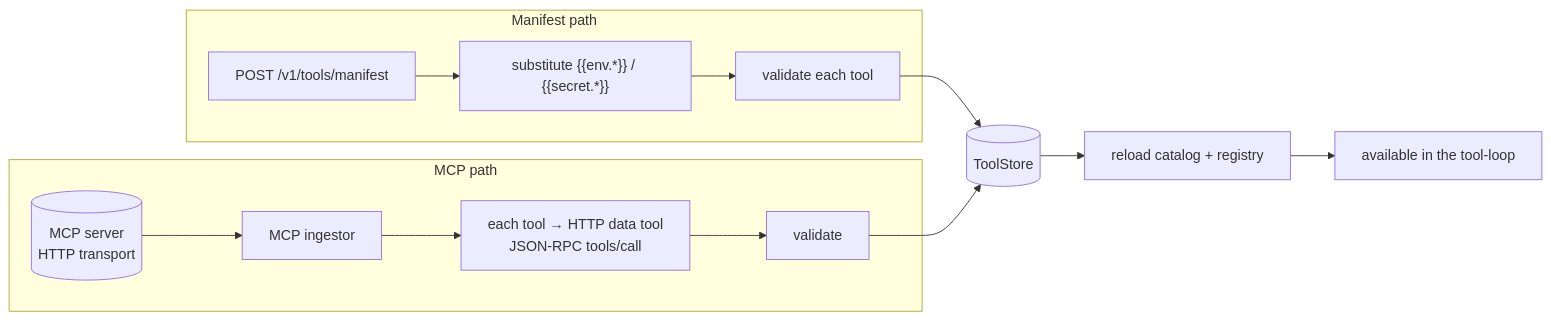
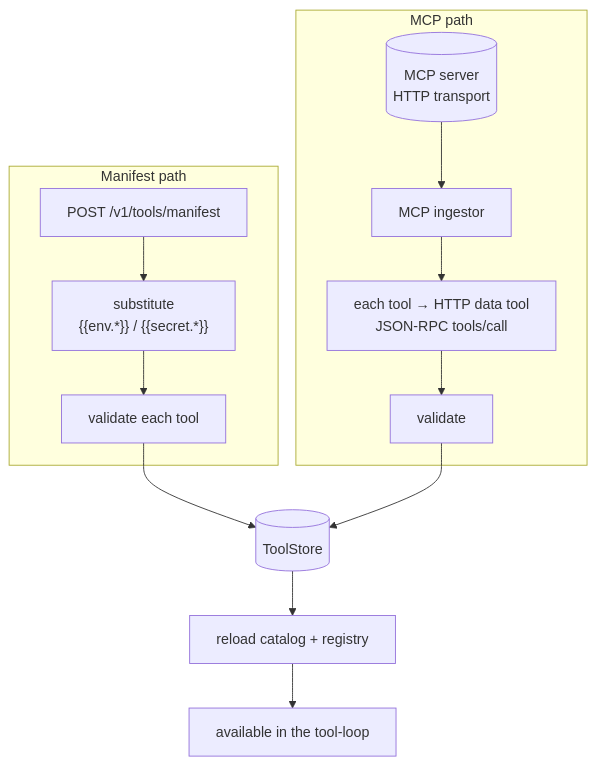
The fourth of 6 diagrams in docs/ARCHITECTURE.md (guizaols/insika), drawn with Mermaid before and after one commit. The commit also changed other lines of this file, not shown here.

````diff
--- a/docs/ARCHITECTURE.md
+++ b/docs/ARCHITECTURE.md
@@ -140,16 +136,16 @@
 ```mermaid
-flowchart LR
+flowchart TD
   subgraph manifest [Manifest path]
-    m["POST /v1/tools/manifest"] --> sub["substitute {{env.*}} / {{secret.*}}"]
+    m["POST /v1/tools/manifest"] --> sub["substitute<br/>{{env.*}} / {{secret.*}}"]
     sub --> val1[validate each tool]
   end
   subgraph mcp [MCP path]
     srv[(MCP server<br/>HTTP transport)] --> ing[MCP ingestor]
     ing --> conv[each tool → HTTP data tool<br/>JSON-RPC tools/call]
     conv --> val2[validate]
   end
   val1 --> store[(ToolStore)]
   val2 --> store
   store --> cat[reload catalog + registry]
   cat --> loop[available in the tool-loop]
 ```
````
